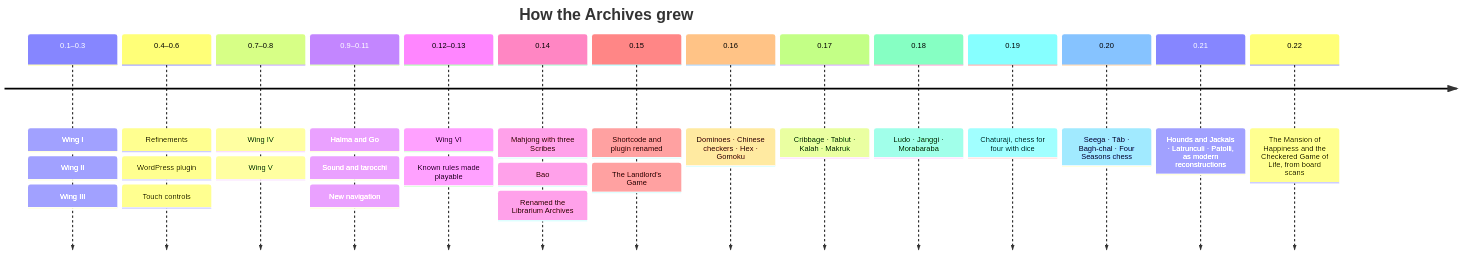
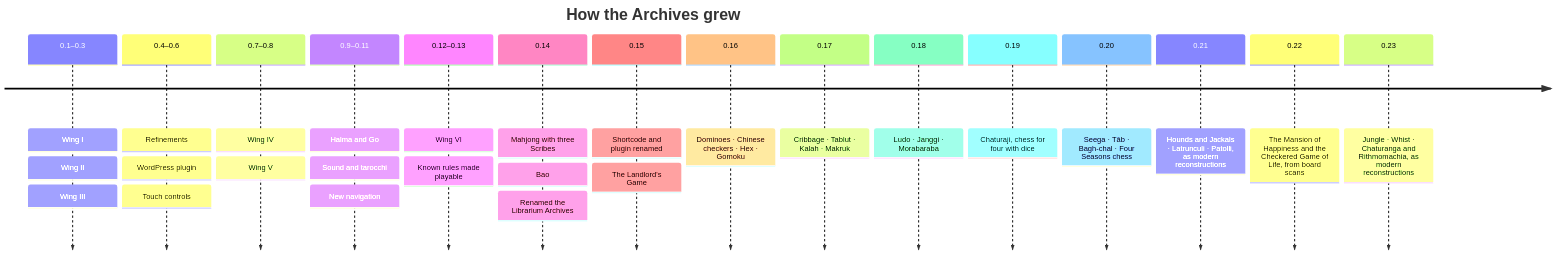
The first of 2 diagrams in docs/roadmap.md (CptNope/Librarium-Archives), drawn with Mermaid before and after one commit. The commit also changed other lines of this file and 14 other files, not shown here.

First line of the commit message:
Add Jungle, Whist, and Chaturanga and Rithmomachia as modern reconstructions

````diff
--- a/docs/roadmap.md
+++ b/docs/roadmap.md
@@ -3,18 +3,19 @@
 ```mermaid
 timeline
     title How the Archives grew
     0.1–0.3 : Wing I : Wing II : Wing III
     0.4–0.6 : Refinements : WordPress plugin : Touch controls
     0.7–0.8 : Wing IV : Wing V
     0.9–0.11 : Halma and Go : Sound and tarocchi : New navigation
     0.12–0.13 : Wing VI : Known rules made playable
     0.14 : Mahjong with three Scribes : Bao : Renamed the Librarium Archives
     0.15 : Shortcode and plugin renamed : The Landlord's Game
     0.16 : Dominoes · Chinese checkers · Hex · Gomoku
     0.17 : Cribbage · Tablut · Kalah · Makruk
     0.18 : Ludo · Janggi · Morabaraba
     0.19 : Chaturaji, chess for four with dice
     0.20 : Seega · Tâb · Bagh-chal · Four Seasons chess
     0.21 : Hounds and Jackals · Latrunculi · Patolli, as modern reconstructions
     0.22 : The Mansion of Happiness and the Checkered Game of Life, from board scans
+    0.23 : Jungle · Whist · Chaturanga and Rithmomachia, as modern reconstructions
 ```
````
